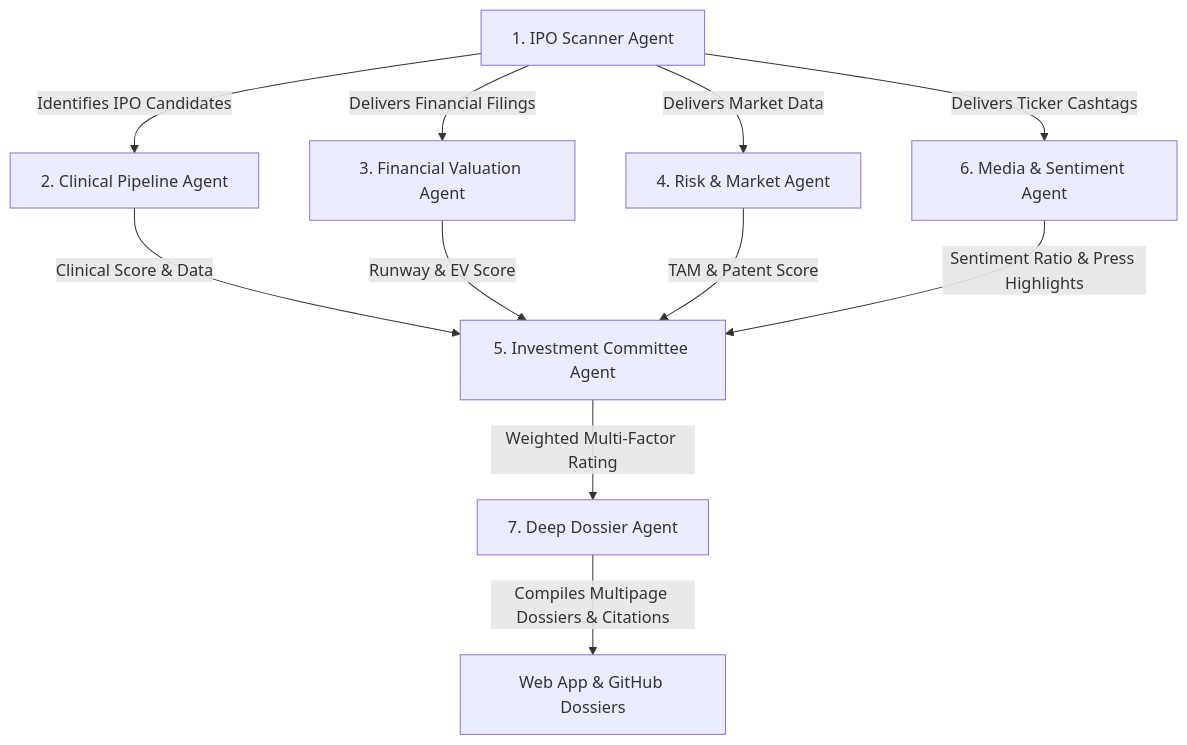
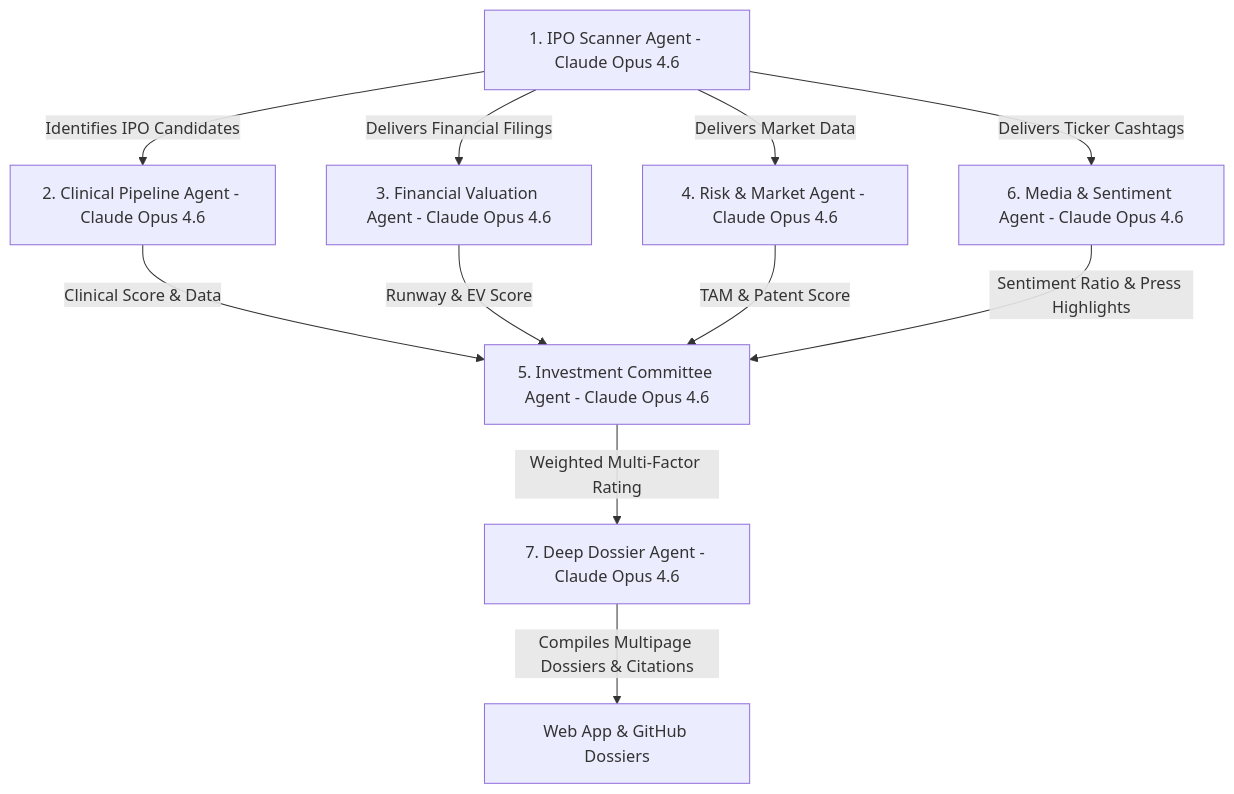
Before and after one commit to BretonsACT/IPO-Biotechnology: the diagram in agents/README.md, drawn with Mermaid. The commit also changed other lines of this file and 8 other files, not shown here.

Commit message:
Configure Claude Opus 4.6 (pro) LLM engine across all 7 autonomous agent specs and web app architecture

````diff
--- a/agents/README.md
+++ b/agents/README.md
@@ -23,15 +25,15 @@
 ```mermaid
 flowchart TD
-    Sub1[1. IPO Scanner Agent] -->|Identifies IPO Candidates| Sub2[2. Clinical Pipeline Agent]
-    Sub1 -->|Delivers Financial Filings| Sub3[3. Financial Valuation Agent]
-    Sub1 -->|Delivers Market Data| Sub4[4. Risk & Market Agent]
-    Sub1 -->|Delivers Ticker Cashtags| Sub6[6. Media & Sentiment Agent]
+    Sub1[1. IPO Scanner Agent - Claude Opus 4.6] -->|Identifies IPO Candidates| Sub2[2. Clinical Pipeline Agent - Claude Opus 4.6]
+    Sub1 -->|Delivers Financial Filings| Sub3[3. Financial Valuation Agent - Claude Opus 4.6]
+    Sub1 -->|Delivers Market Data| Sub4[4. Risk & Market Agent - Claude Opus 4.6]
+    Sub1 -->|Delivers Ticker Cashtags| Sub6[6. Media & Sentiment Agent - Claude Opus 4.6]
     
-    Sub2 -->|Clinical Score & Data| Synthesis[5. Investment Committee Agent]
+    Sub2 -->|Clinical Score & Data| Synthesis[5. Investment Committee Agent - Claude Opus 4.6]
     Sub3 -->|Runway & EV Score| Synthesis
     Sub4 -->|TAM & Patent Score| Synthesis
     Sub6 -->|Sentiment Ratio & Press Highlights| Synthesis
     
-    Synthesis -->|Weighted Multi-Factor Rating| Sub7[7. Deep Dossier Agent]
+    Synthesis -->|Weighted Multi-Factor Rating| Sub7[7. Deep Dossier Agent - Claude Opus 4.6]
     Sub7 -->|Compiles Multipage Dossiers & Citations| FinalReport[Web App & GitHub Dossiers]
 ```
````
